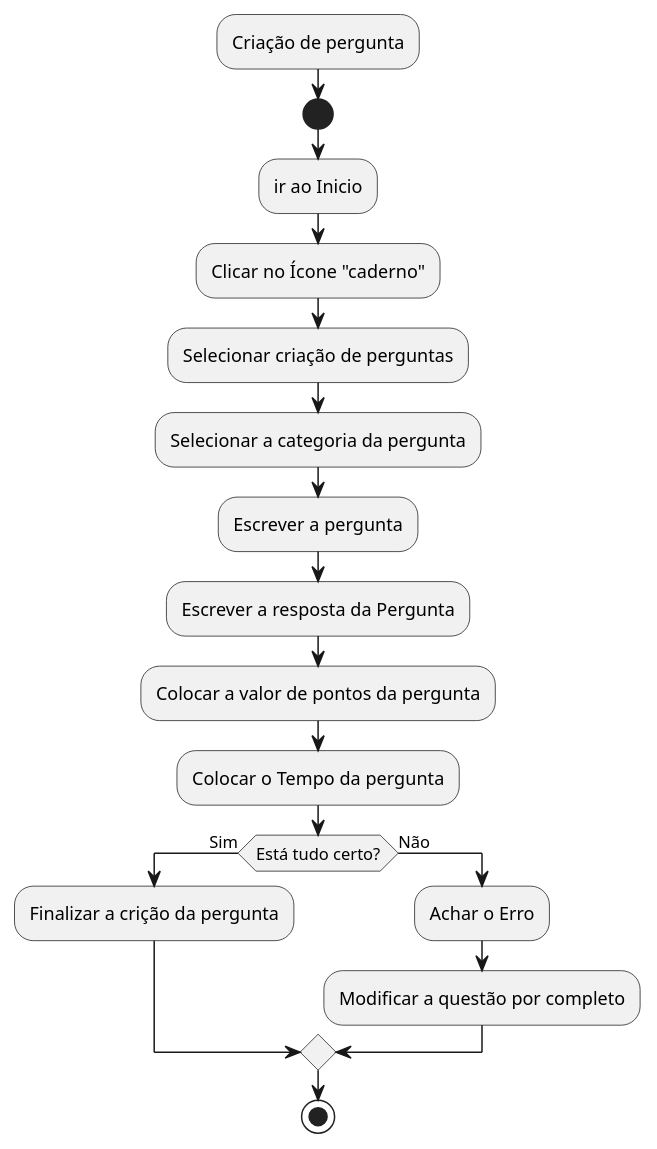
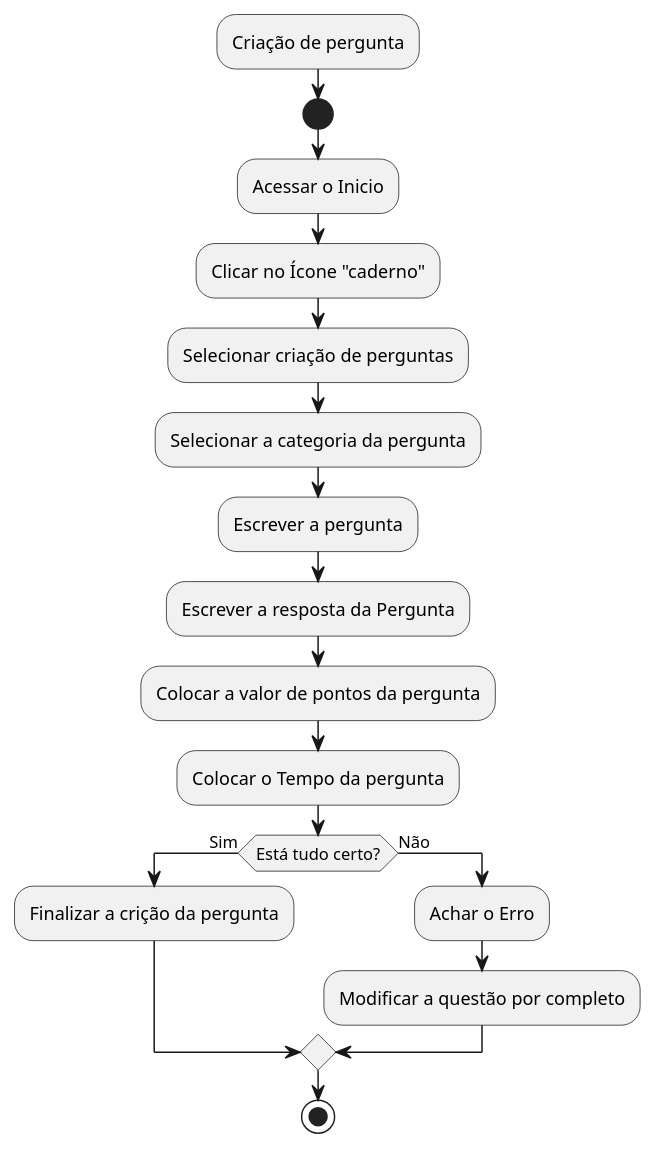
The diagram in Documentacao/diagrama_atividade/src/criar_pergunta.wsd (julioryanm/P.I.Fatec-1SEM.2024), drawn with PlantUML before and after one commit.

```diff
--- a/Documentacao/diagrama_atividade/src/criar_pergunta.wsd
+++ b/Documentacao/diagrama_atividade/src/criar_pergunta.wsd
@@ -1,24 +1,24 @@
 @startuml
 :Criação de pergunta;
 start
-:ir ao Inicio;
+:Acessar o Inicio;
 :Clicar no Ícone "caderno";
 :Selecionar criação de perguntas;
 :Selecionar a categoria da pergunta;
 :Escrever a pergunta;
 :Escrever a resposta da Pergunta;
 :Colocar a valor de pontos da pergunta;
 :Colocar o Tempo da pergunta;
 if (Está tudo certo?) then (Sim)
 :Finalizar a crição da pergunta;
 else (Não)
 :Achar o Erro;
 :Modificar a questão por completo;
 
 endif
 stop
   
 
 
 
 @enduml
```
